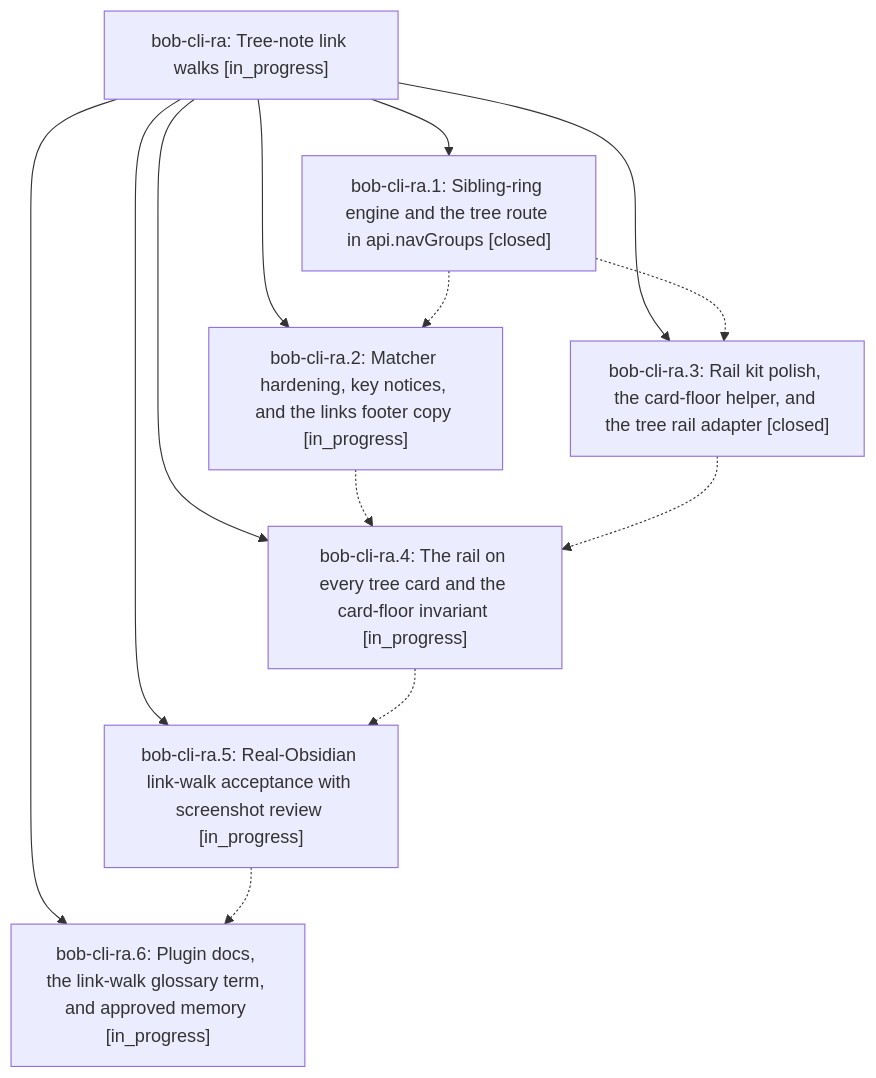
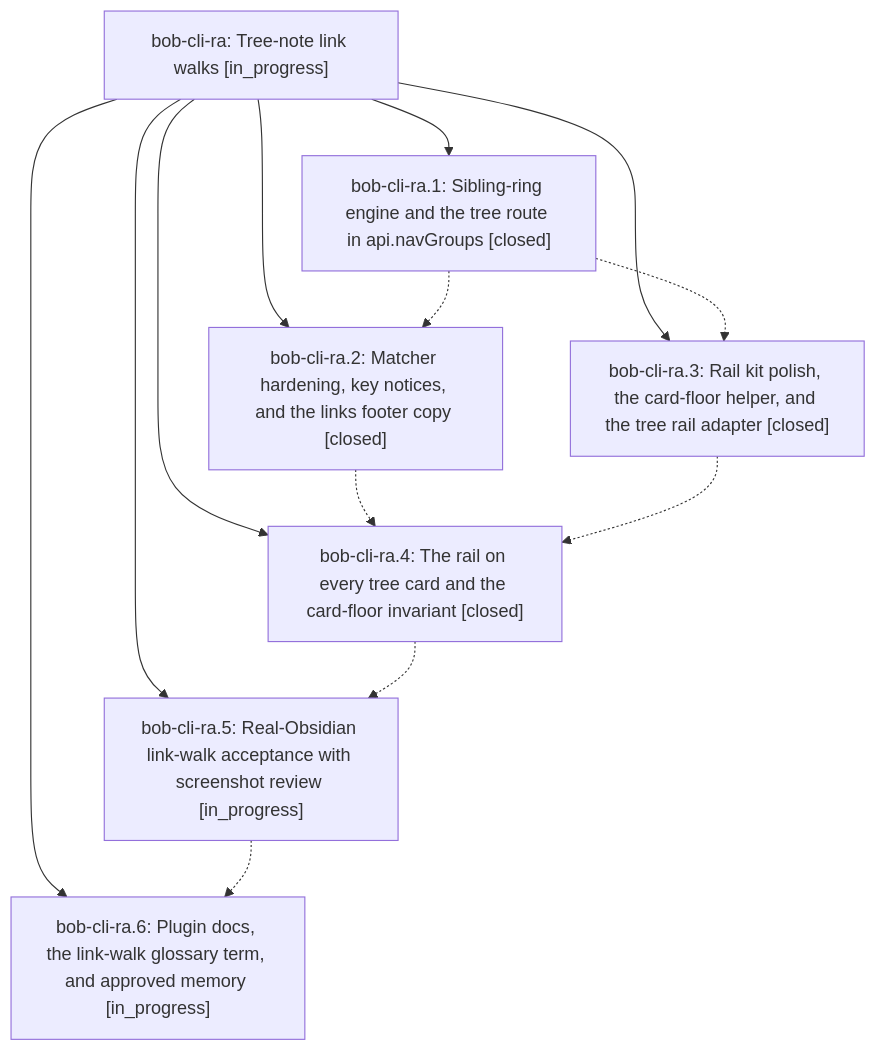
The diagram in pages/bob-cli-ra/README.md (bobs-org/bob-cli--beads), drawn with Mermaid before and after one commit. The commit also changed other lines of this file and 6 other files, not shown here.

First line of the commit message:
chore(beads): sync bead state and pages for bob-cli-ra

````diff
--- a/pages/bob-cli-ra/README.md
+++ b/pages/bob-cli-ra/README.md
@@ -43,22 +43,22 @@
 ```mermaid
 flowchart TD
     n0["bob-cli-ra: Tree-note link walks [in_progress]"]
     n1["bob-cli-ra.1: Sibling-ring engine and the tree route in api.navGroups [closed]"]
-    n2["bob-cli-ra.2: Matcher hardening, key notices, and the links footer copy [in_progress]"]
+    n2["bob-cli-ra.2: Matcher hardening, key notices, and the links footer copy [closed]"]
     n3["bob-cli-ra.3: Rail kit polish, the card-floor helper, and the tree rail adapter [closed]"]
-    n4["bob-cli-ra.4: The rail on every tree card and the card-floor invariant [in_progress]"]
+    n4["bob-cli-ra.4: The rail on every tree card and the card-floor invariant [closed]"]
     n5["bob-cli-ra.5: Real-Obsidian link-walk acceptance with screenshot review [in_progress]"]
     n6["bob-cli-ra.6: Plugin docs, the link-walk glossary term, and approved memory [in_progress]"]
     n0 --> n1
     n0 --> n2
     n0 --> n3
     n0 --> n4
     n0 --> n5
     n0 --> n6
     n1 -.-> n2
     n1 -.-> n3
     n2 -.-> n4
     n3 -.-> n4
     n4 -.-> n5
     n5 -.-> n6
 ```
````
